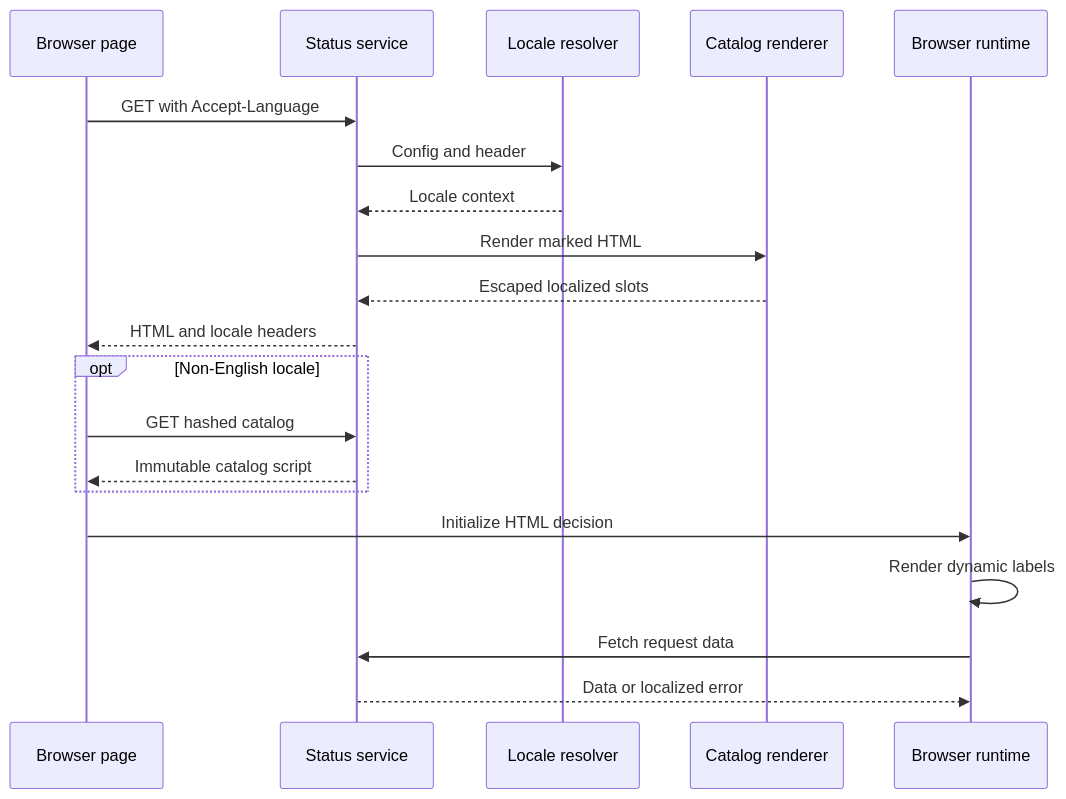
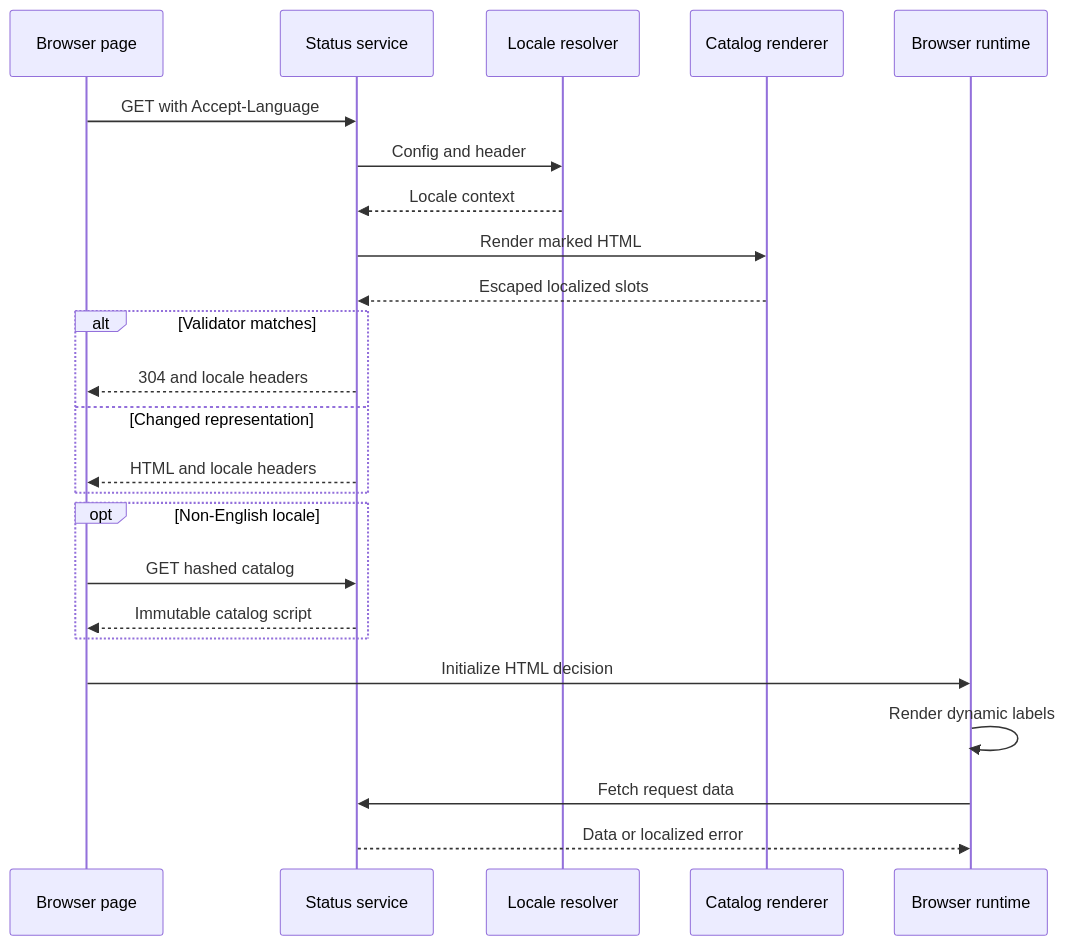
Before and after one commit to alissonsol/yuruna: the third of 5 diagrams in docs/design/07-globalization.md, drawn with Mermaid. The commit also changed other lines of this file and 1396 other files, not shown here.

````diff
--- a/docs/design/07-globalization.md
+++ b/docs/design/07-globalization.md
@@ -142,22 +152,26 @@
 ```mermaid
 sequenceDiagram
     participant index-html as Browser page
     participant start-status-service-ps1 as Status service
     participant test-locale-psm1 as Locale resolver
     participant test-catalog-psm1 as Catalog renderer
     participant yuruna-common-js as Browser runtime
     index-html->>start-status-service-ps1: GET with Accept-Language
     start-status-service-ps1->>test-locale-psm1: Config and header
     test-locale-psm1-->>start-status-service-ps1: Locale context
     start-status-service-ps1->>test-catalog-psm1: Render marked HTML
     test-catalog-psm1-->>start-status-service-ps1: Escaped localized slots
-    start-status-service-ps1-->>index-html: HTML and locale headers
+    alt Validator matches
+        start-status-service-ps1-->>index-html: 304 and locale headers
+    else Changed representation
+        start-status-service-ps1-->>index-html: HTML and locale headers
+    end
     opt Non-English locale
         index-html->>start-status-service-ps1: GET hashed catalog
         start-status-service-ps1-->>index-html: Immutable catalog script
     end
     index-html->>yuruna-common-js: Initialize HTML decision
     yuruna-common-js->>yuruna-common-js: Render dynamic labels
     yuruna-common-js->>start-status-service-ps1: Fetch request data
     start-status-service-ps1-->>yuruna-common-js: Data or localized error
 ```
````
